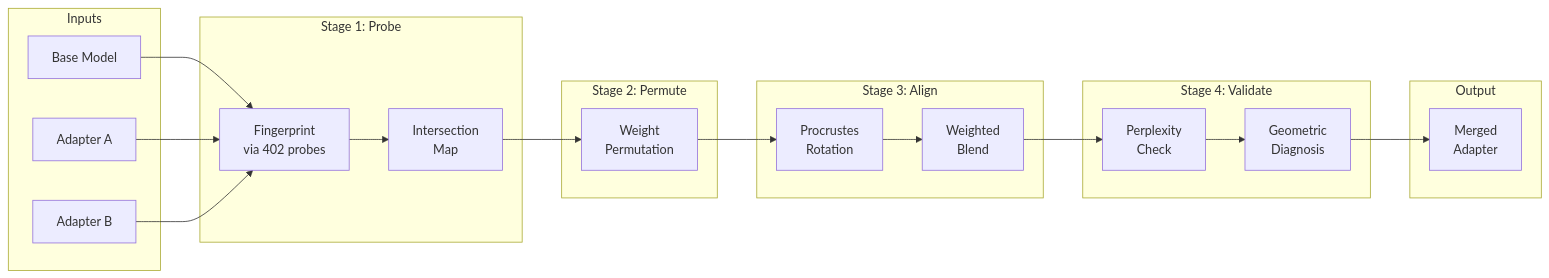
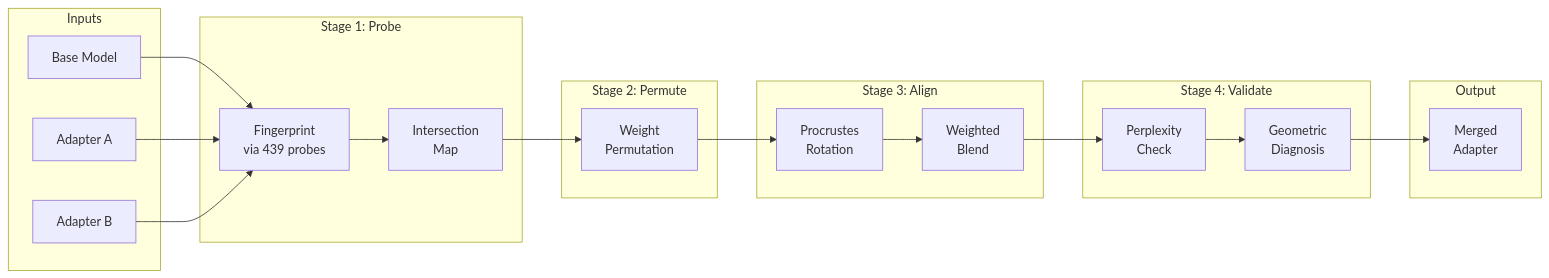
One commit to Ethyros-AI/ModelCypher changed the fourth of 4 diagrams in docs/ARCHITECTURE.md. Above: the diagram before and after it, drawn with Mermaid. The commit also changed other lines of this file and 16 other files, not shown here.

````diff
--- a/docs/ARCHITECTURE.md
+++ b/docs/ARCHITECTURE.md
@@ -209,43 +209,43 @@
 ```mermaid
 flowchart LR
     subgraph INPUT["Inputs"]
         BASE["Base Model"]
         ADP1["Adapter A"]
         ADP2["Adapter B"]
     end
 
     subgraph STAGE1["Stage 1: Probe"]
-        FP["Fingerprint<br/>via 402 probes"]
+        FP["Fingerprint<br/>via 439 probes"]
         IM["Intersection<br/>Map"]
     end
 
     subgraph STAGE2["Stage 2: Permute"]
         PERM["Weight<br/>Permutation"]
     end
 
     subgraph STAGE3["Stage 3: Align"]
         ROT["Procrustes<br/>Rotation"]
         BLEND["Weighted<br/>Blend"]
     end
 
     subgraph STAGE4["Stage 4: Validate"]
         PPL["Perplexity<br/>Check"]
         DIAG["Geometric<br/>Diagnosis"]
     end
 
     subgraph OUTPUT["Output"]
         MERGED["Merged<br/>Adapter"]
     end
 
     BASE --> FP
     ADP1 --> FP
     ADP2 --> FP
 
     FP --> IM
     IM --> PERM
     PERM --> ROT
     ROT --> BLEND
     BLEND --> PPL
     PPL --> DIAG
     DIAG --> MERGED
 ```
````
